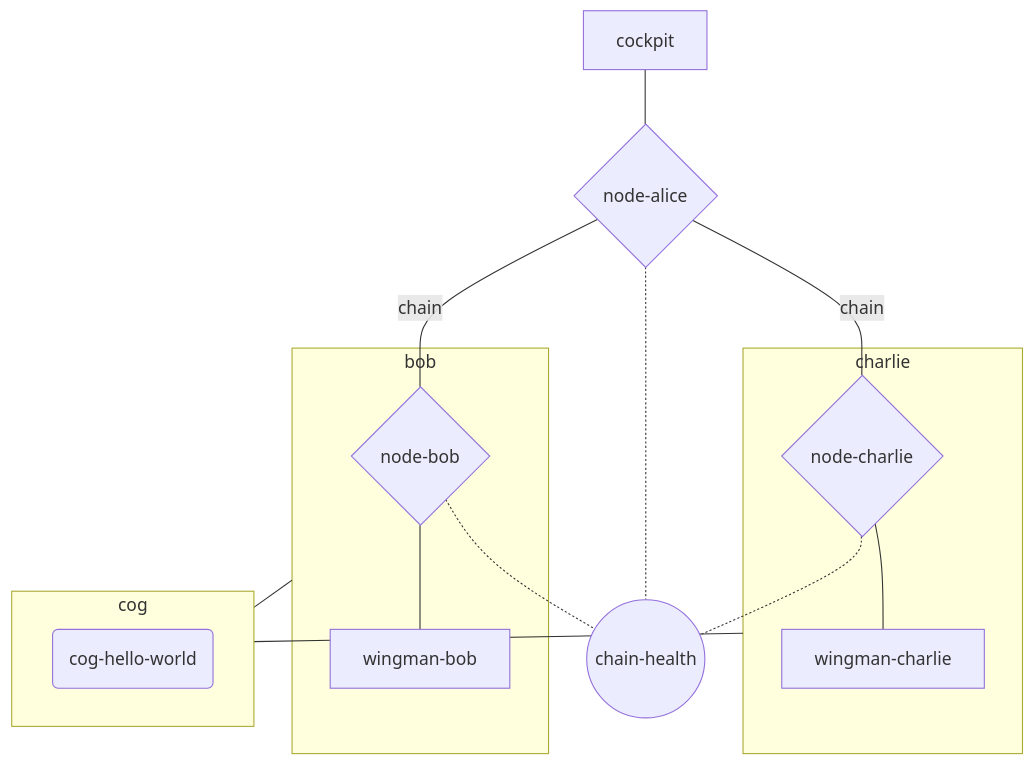
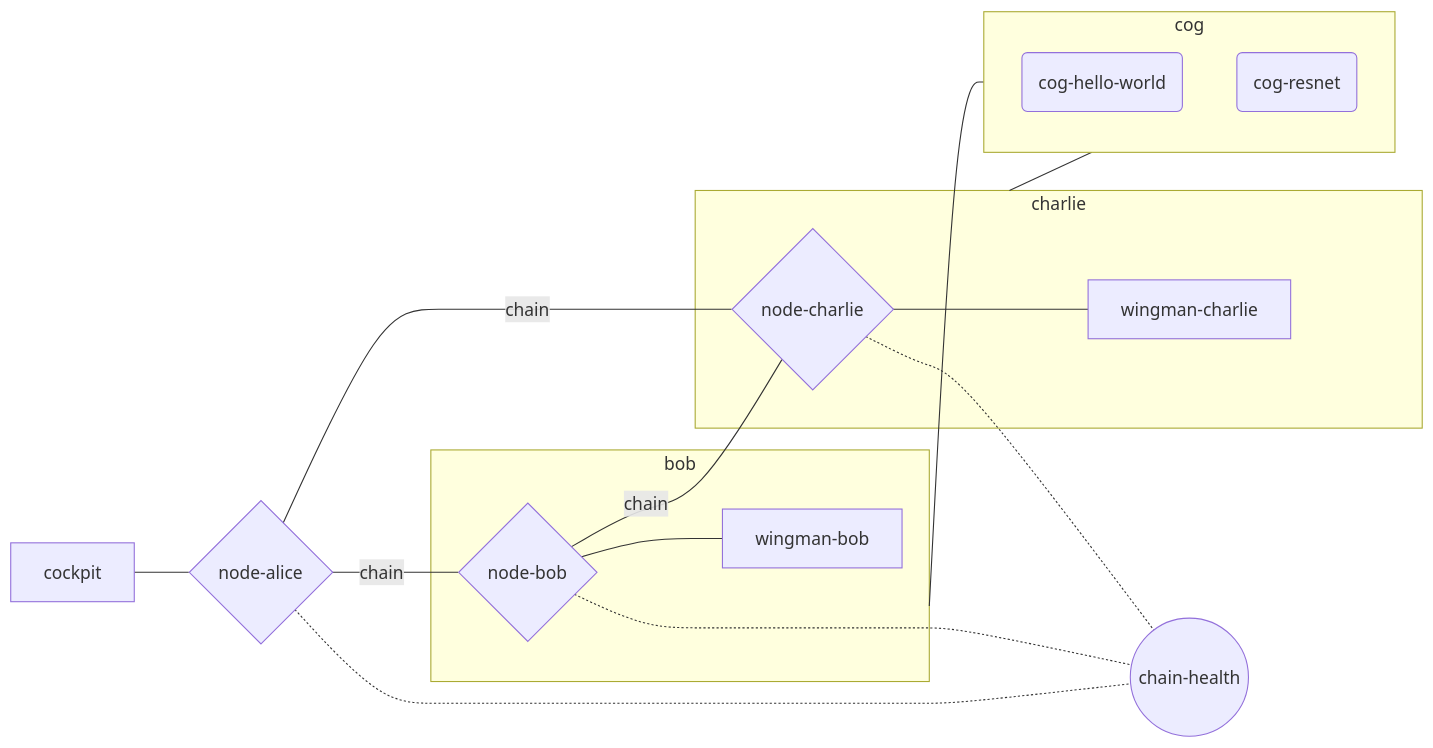
Before and after one commit to Aimosphere-Network/demo: the diagram in README.md, drawn with Mermaid. The commit also changed other lines of this file and 2 other files, not shown here.

Commit message:
add Dx network support

````diff
--- a/README.md
+++ b/README.md
@@ -9,16 +9,19 @@
 ```mermaid
-flowchart TD
+flowchart LR
     CP[cockpit] --- A{node-alice}
-    A ---|chain| B{node-bob} & C{node-charlie}
+    A ---|chain|B{node-bob}     
+    B ---|chain|C{node-charlie}
+    C ---|chain|A
     subgraph charlie
     C --- WC[wingman-charlie]
     end
     subgraph bob
     B --- WB[wingman-bob]
     end
     subgraph cog
     CHW(cog-hello-world)
+    CR(cog-resnet)
     end   
     charlie & bob --- cog 
     A & B & C -.- HC((chain-health))
 ```
````
